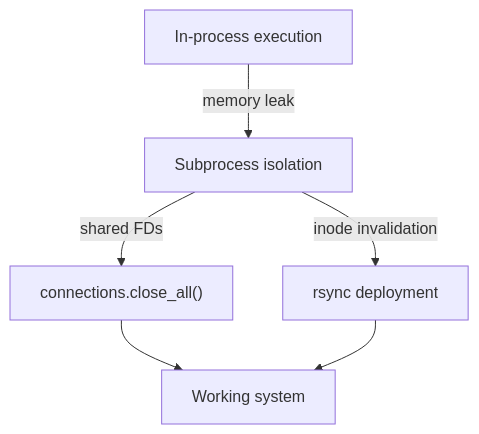
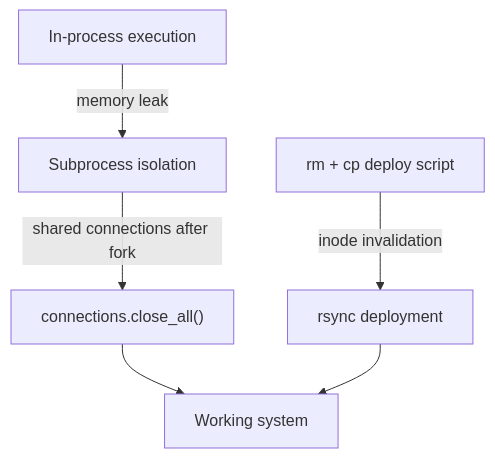
Before and after one commit to d3banjan/d3banjan.github.io: the third of 3 diagrams in src/content/blog/2025-04-12-django-queue-fork-pitfalls.md, drawn with Mermaid. The commit also changed other lines of this file and 21 other files, not shown here.

````diff
--- a/src/content/blog/2025-04-12-django-queue-fork-pitfalls.md
+++ b/src/content/blog/2025-04-12-django-queue-fork-pitfalls.md
@@ -166,8 +160,8 @@
 ```mermaid
 flowchart TB
     A["In-process execution"] -->|"memory leak"| B["Subprocess isolation"]
-    B -->|"shared FDs"| C["connections.close_all()"]
-    B -->|"inode invalidation"| D["rsync deployment"]
+    B -->|"shared connections after fork"| C["connections.close_all()"]
+    F["rm + cp deploy script"] -->|"inode invalidation"| D["rsync deployment"]
     C --> E["Working system"]
     D --> E
 ```
````
